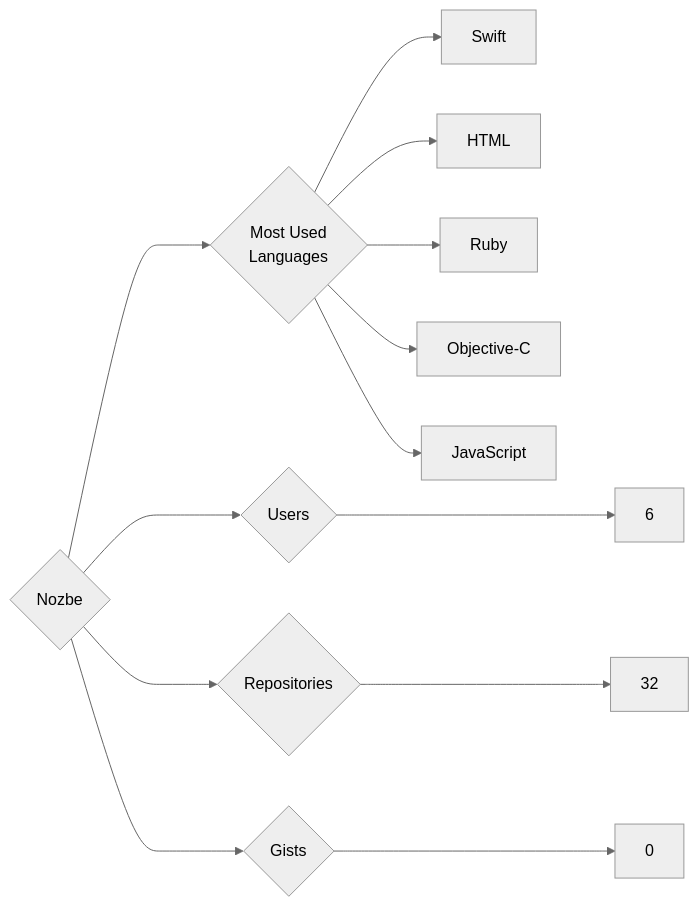
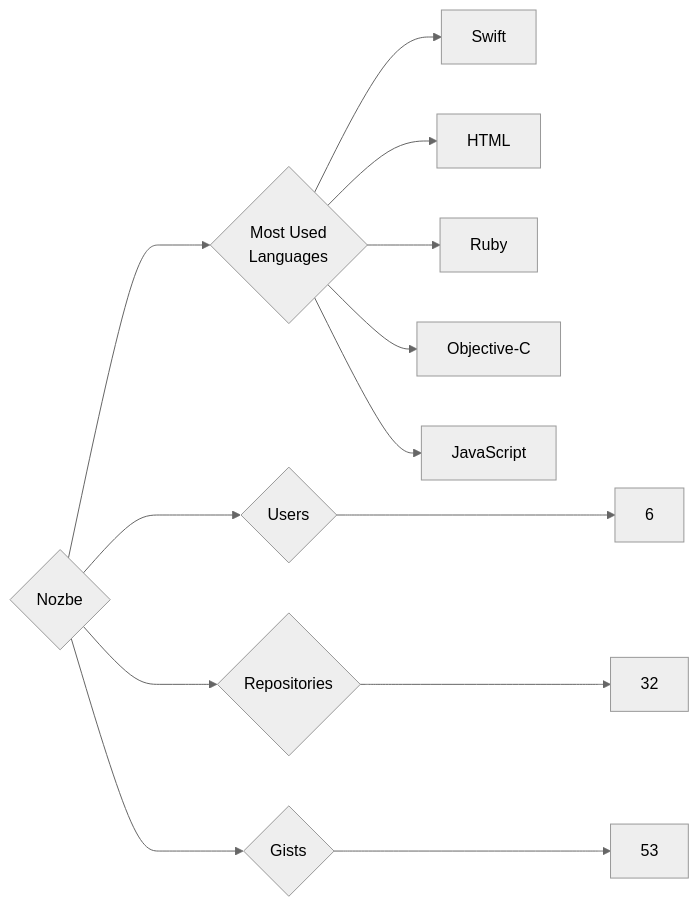
The diagram in targets/Nozbe/README.md (trickest/insiders), drawn with Mermaid (neutral theme) before and after one commit. The commit also changed 997 other files, not shown here.

````diff
--- a/targets/Nozbe/README.md
+++ b/targets/Nozbe/README.md
@@ -3,13 +3,13 @@
 ```mermaid
 graph LR
 COMPANY_NAME{Nozbe}
 COMPANY_NAME ---> U{Users} ---> UN[6]
 COMPANY_NAME ---> R{Repositories} ---> RN[32]
-COMPANY_NAME ---> G{Gists} ---> GN[0]
+COMPANY_NAME ---> G{Gists} ---> GN[53]
 COMPANY_NAME ---> ML{Most Used<br>Languages}
-ML --> Swift
-ML --> HTML
-ML --> Ruby
-ML --> Objective-C
-ML --> JavaScript
+ML --> Swift[Swift]
+ML --> HTML[HTML]
+ML --> Ruby[Ruby]
+ML --> Objective-C[Objective-C]
+ML --> JavaScript[JavaScript]
 ```
````
